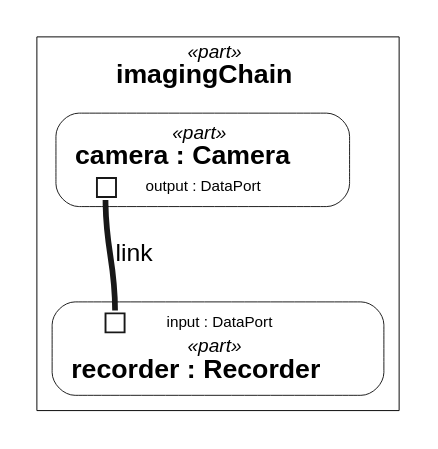
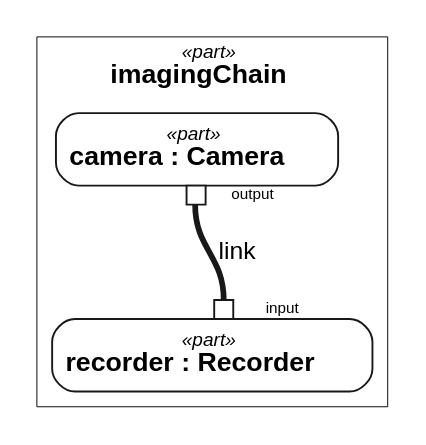
One commit to Open-MBEE/OpenSysML changed the first of 2 diagrams in internal/doc/docrender/testdata/telescope_report.dot.golden.md. Above: the diagram before and after it, drawn with Graphviz. The commit also changed 60 other files, not shown here.

````diff
--- a/internal/doc/docrender/testdata/telescope_report.dot.golden.md
+++ b/internal/doc/docrender/testdata/telescope_report.dot.golden.md
@@ -83,20 +83,20 @@
 ```dot
 // view: Observatory::interconnectView
 // kind: interconnection
 // stated: render asInterconnectionDiagram
 // layout: dot
 digraph "Observatory::interconnectView" {
   graph [fontname="Helvetica"];
   node [shape=box, style=filled, fillcolor=white, color="#181818", fontname="Helvetica", fontsize=14, penwidth=0.5];
   edge [color="#181818", fontname="Helvetica", fontsize=13, penwidth=1];
   subgraph "cluster_n0" {
     label=<<font point-size="10"><i>«part»</i></font><br/><b>imagingChain</b>>;
     color=black;
     penwidth=0.5;
     "n0" [shape=point, style=invis, width=0, height=0, label=""];
-    "n1" [style="rounded,filled", label=<<table border="0" cellborder="0" cellspacing="0" cellpadding="2"><tr><td colspan="2"><font point-size="10"><i>«part»</i></font><br/><b>camera : Camera</b></td></tr><tr><td port="n1.0" border="1" fixedsize="true" width="10" height="10"></td><td align="left"><font point-size="8">output : DataPort</font></td></tr></table>>];
-    "n2" [style="rounded,filled", label=<<table border="0" cellborder="0" cellspacing="0" cellpadding="2"><tr><td port="n2.0" border="1" fixedsize="true" width="10" height="10"></td><td align="left"><font point-size="8">input : DataPort</font></td></tr><tr><td colspan="2"><font point-size="10"><i>«part»</i></font><br/><b>recorder : Recorder</b></td></tr></table>>];
+    "n1" [shape=plain, label=<<table border="0" cellborder="0" cellspacing="0" cellpadding="0"><tr><td colspan="4"><table border="1" cellborder="0" cellspacing="0" cellpadding="6" style="rounded"><tr><td><font point-size="10"><i>«part»</i></font><br/><b>camera : Camera</b></td></tr></table></td></tr><tr><td></td><td port="n1.0" border="1" fixedsize="true" width="10" height="10" bgcolor="white"></td><td align="left"><font point-size="8">output</font></td><td></td><td></td><td></td></tr></table>>];
+    "n2" [shape=plain, label=<<table border="0" cellborder="0" cellspacing="0" cellpadding="0"><tr><td></td><td port="n2.0" border="1" fixedsize="true" width="10" height="10" bgcolor="white"></td><td align="left"><font point-size="8">input</font></td><td></td><td></td><td></td></tr><tr><td colspan="4"><table border="1" cellborder="0" cellspacing="0" cellpadding="6" style="rounded"><tr><td><font point-size="10"><i>«part»</i></font><br/><b>recorder : Recorder</b></td></tr></table></td></tr></table>>];
   }
   "n1":"n1.0" -> "n2":"n2.0" [label="link", arrowhead=none, penwidth=3];
 }
 ```
````
